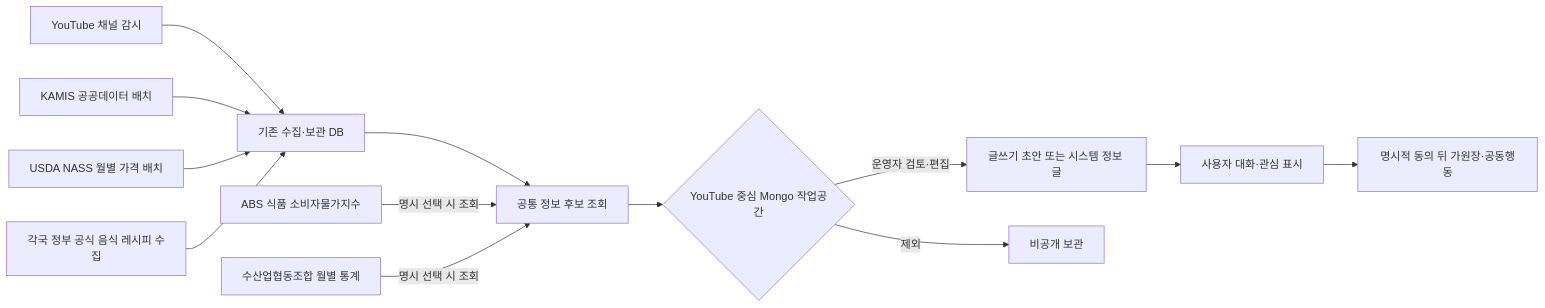
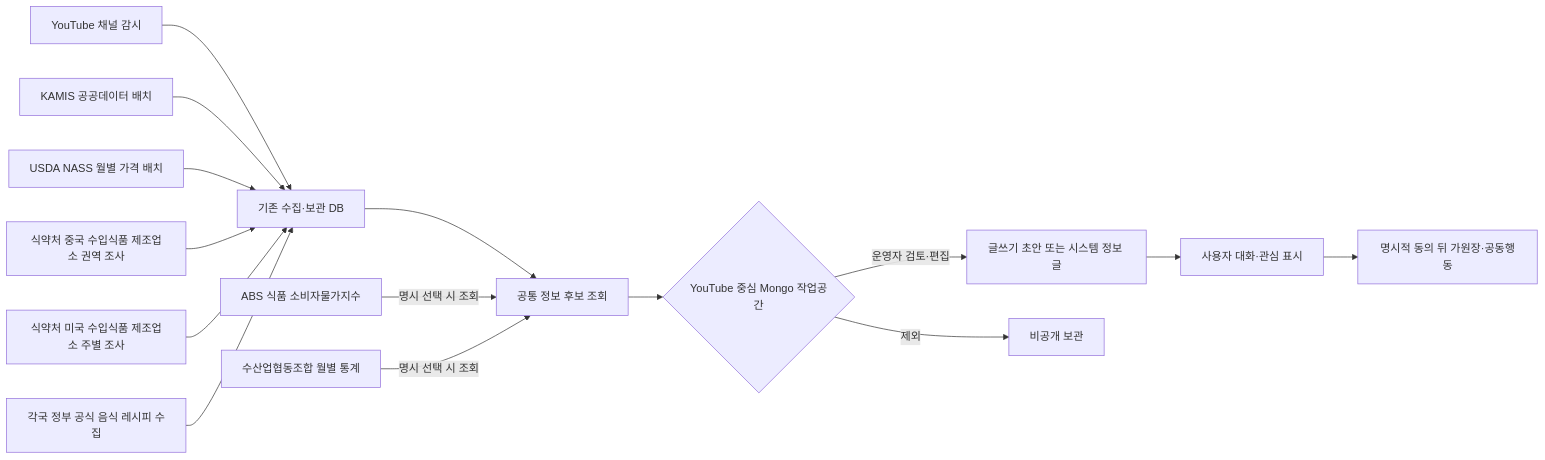
One commit to cheolwo/hongdal changed the first of 2 diagrams in docs/Architecture/CommunityInformationCollection.md. Above: the diagram before and after it, drawn with Mermaid. The commit also changed other lines of this file and 189 other files, not shown here.

````diff
--- a/docs/Architecture/CommunityInformationCollection.md
+++ b/docs/Architecture/CommunityInformationCollection.md
@@ -7,15 +7,17 @@
 ```mermaid
 flowchart LR
     A["YouTube 채널 감시"] --> C["기존 수집·보관 DB"]
     B["KAMIS 공공데이터 배치"] --> C
     B1["USDA NASS 월별 가격 배치"] --> C
+    B5["식약처 중국 수입식품 제조업소 권역 조사"] --> C
+    B6["식약처 미국 수입식품 제조업소 주별 조사"] --> C
     B4["각국 정부 공식 음식 레시피 수집"] --> C
     C --> D["공통 정보 후보 조회"]
     B3["ABS 식품 소비자물가지수"] -->|명시 선택 시 조회| D
     B2["수산업협동조합 월별 통계"] -->|명시 선택 시 조회| D
     D --> E{"YouTube 중심 Mongo 작업공간"}
     E -->|운영자 검토·편집| F["글쓰기 초안 또는 시스템 정보 글"]
     E -->|제외| G["비공개 보관"]
     F --> H["사용자 대화·관심 표시"]
     H --> I["명시적 동의 뒤 가원장·공동행동"]
 ```
````
